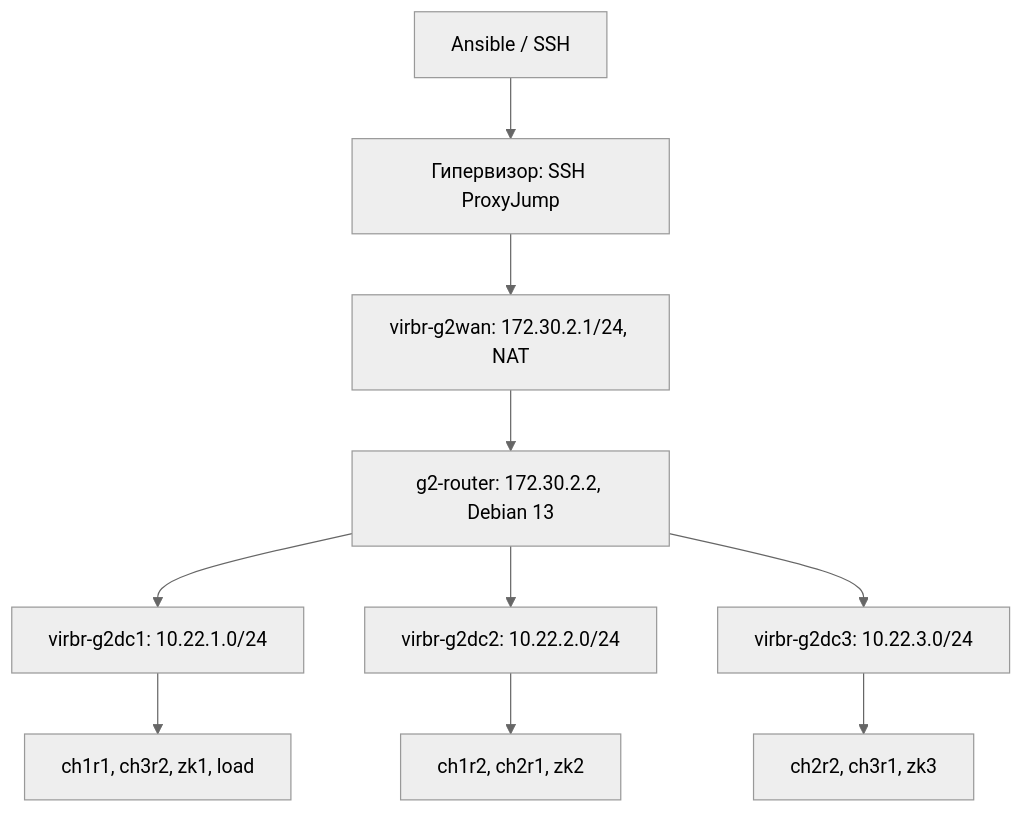
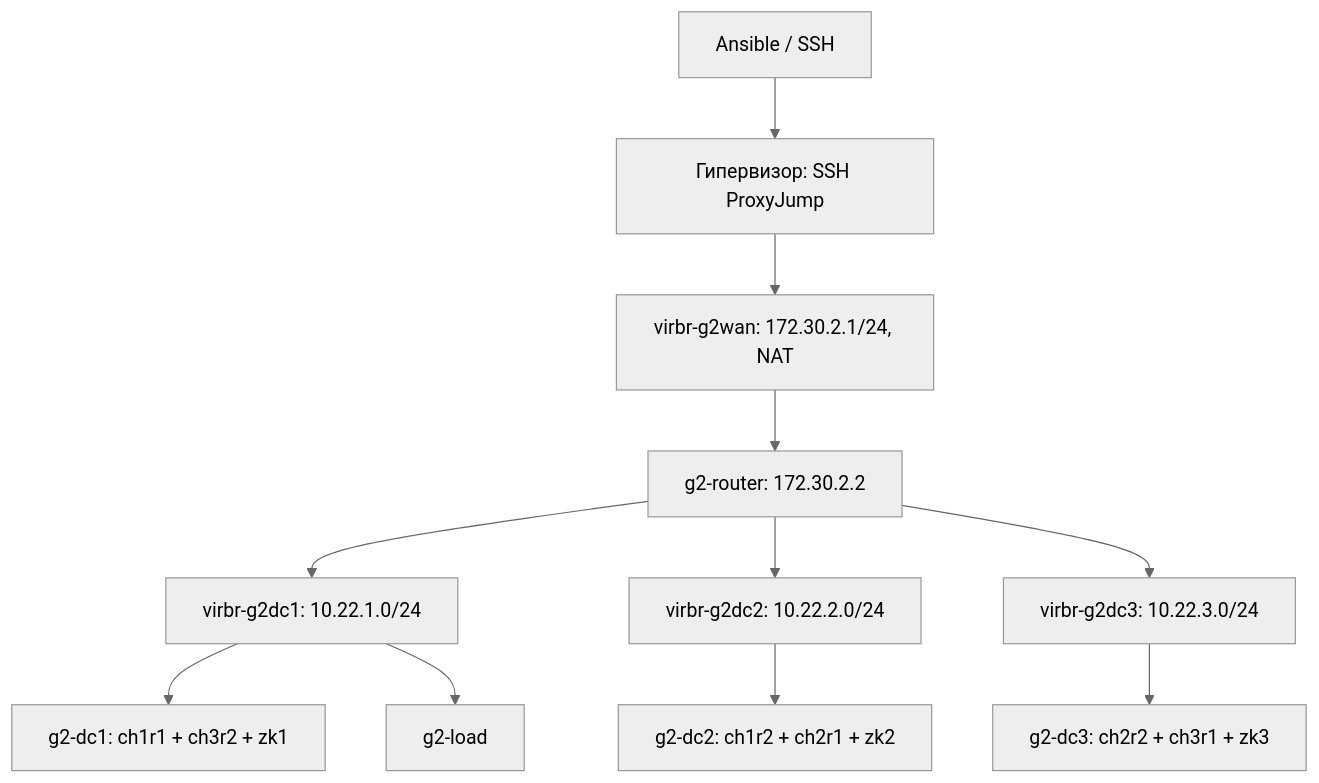
One commit to pepe1az/sis_admin changed the diagram in docs/ip-plan.md. Above: the diagram before and after it, drawn with Mermaid (neutral theme). The commit also changed other lines of this file and 29 other files, not shown here.

````diff
--- a/docs/ip-plan.md
+++ b/docs/ip-plan.md
@@ -3,12 +5,13 @@
 ```mermaid
 flowchart TB
     Admin[Ansible / SSH] --> Host[Гипервизор: SSH ProxyJump]
     Host --> WAN[virbr-g2wan: 172.30.2.1/24, NAT]
-    WAN --> R[g2-router: 172.30.2.2, Debian 13]
+    WAN --> R[g2-router: 172.30.2.2]
     R --> D1[virbr-g2dc1: 10.22.1.0/24]
     R --> D2[virbr-g2dc2: 10.22.2.0/24]
     R --> D3[virbr-g2dc3: 10.22.3.0/24]
-    D1 --> C1[ch1r1, ch3r2, zk1, load]
-    D2 --> C2[ch1r2, ch2r1, zk2]
-    D3 --> C3[ch2r2, ch3r1, zk3]
+    D1 --> C1[g2-dc1: ch1r1 + ch3r2 + zk1]
+    D2 --> C2[g2-dc2: ch1r2 + ch2r1 + zk2]
+    D3 --> C3[g2-dc3: ch2r2 + ch3r1 + zk3]
+    D1 --> L[g2-load]
 ```
````
